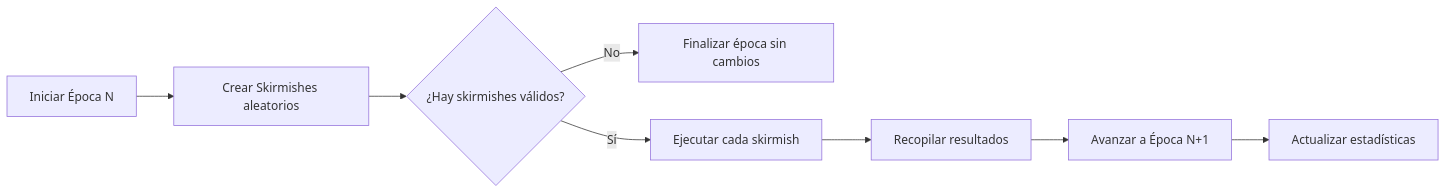
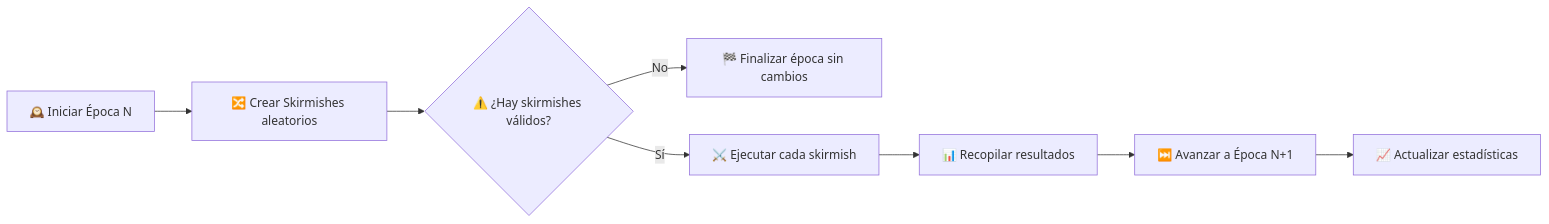
The fifth of 5 diagrams in domain_model.md (clujanp/interstellar-war-dilemma), drawn with Mermaid before and after one commit. The commit also changed other lines of this file, not shown here.

Commit message:
doc: add emojis to diagrams

````diff
--- a/domain_model.md
+++ b/domain_model.md
@@ -293,10 +307,10 @@
 ```mermaid
 graph LR
-    A[Iniciar Época N] --> B[Crear Skirmishes aleatorios]
-    B --> C{¿Hay skirmishes válidos?}
-    C -->|No| D[Finalizar época sin cambios]
-    C -->|Sí| E[Ejecutar cada skirmish]
-    E --> F[Recopilar resultados]
-    F --> G[Avanzar a Época N+1]
-    G --> H[Actualizar estadísticas]
-```
+  A[🕰️ Iniciar Época N] --> B[🔀 Crear Skirmishes aleatorios]
+  B --> C{⚠️ ¿Hay skirmishes válidos?}
+  C -->|No| D[🏁 Finalizar época sin cambios]
+  C -->|Sí| E[⚔️ Ejecutar cada skirmish]
+  E --> F[📊 Recopilar resultados]
+  F --> G[⏭️ Avanzar a Época N+1]
+  G --> H[📈 Actualizar estadísticas]
+``` 
````
